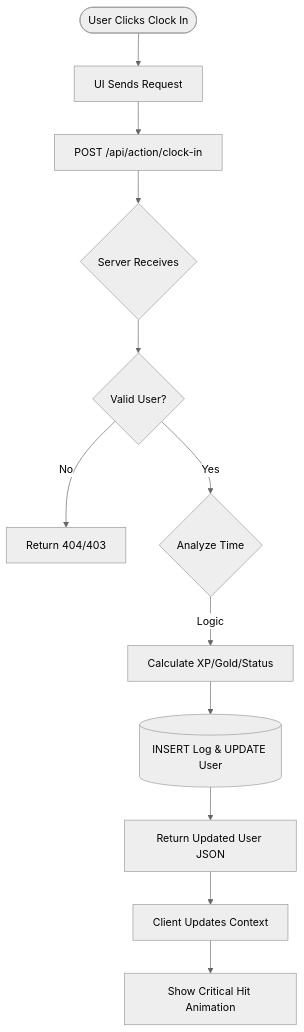
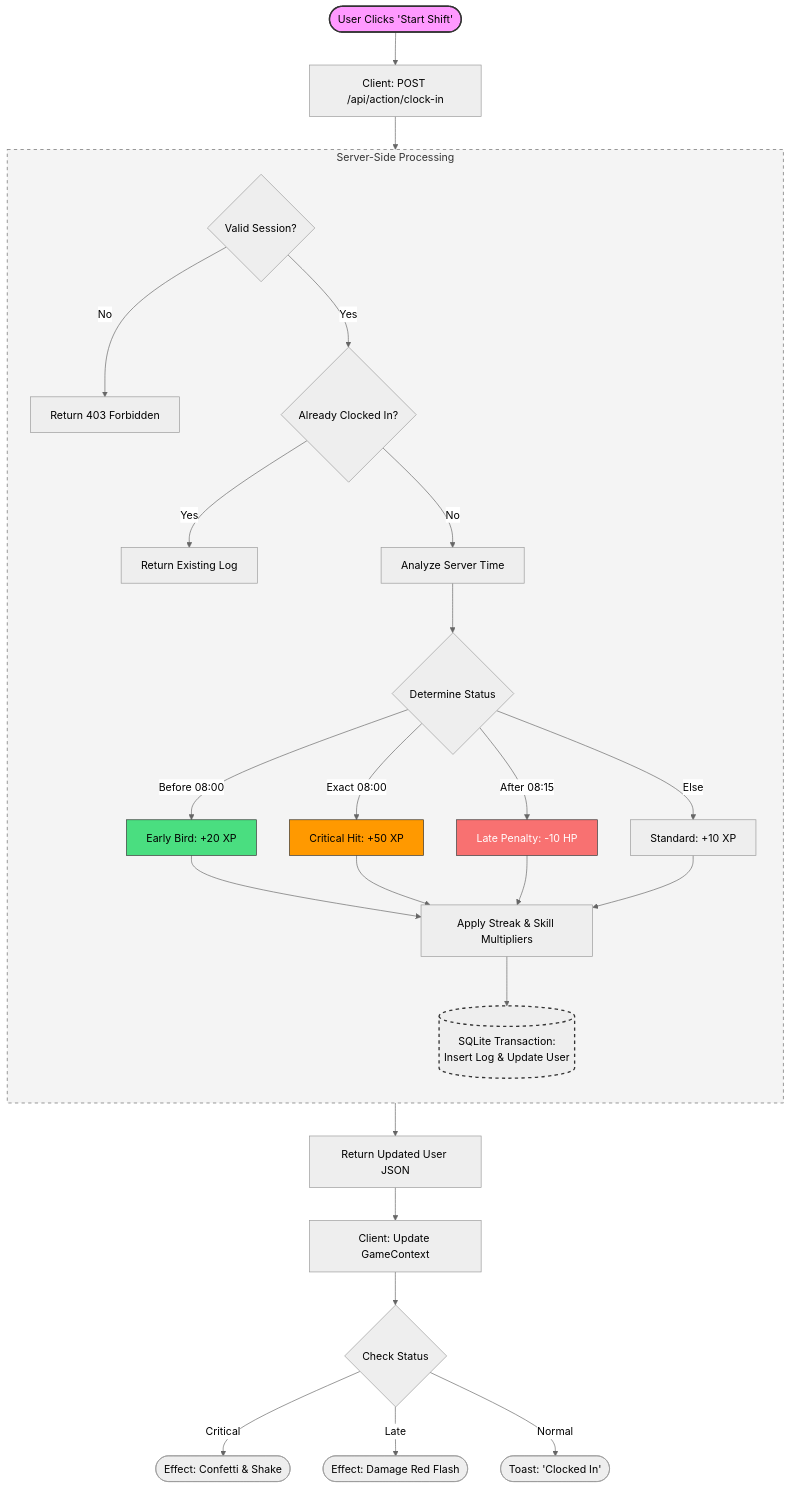
The first of 2 diagrams in docs/04_Architectural_Design.md (Golgrax/gOwOrk), drawn with Mermaid (neutral theme) before and after one commit. The commit also changed other lines of this file, not shown here.

Commit message:
Revise Clock-In user flow diagram for clarity
Updated the user flow diagram for the 'Clock-In' process to include detailed validation steps, server-side calculations, and database transactions, enhancing clarity and understanding of the logic flow.

````diff
--- a/docs/04_Architectural_Design.md
+++ b/docs/04_Architectural_Design.md
@@ -46,17 +46,47 @@
 ```mermaid
 flowchart TD
-    Start([User Clicks Clock In]) --> UI[UI Sends Request]
-    UI --> API[POST /api/action/clock-in]
-    API --> Server{Server Receives}
+    %% Initial Action
+    Start([User Clicks 'Start Shift']) --> ClientRequest[Client: POST /api/action/clock-in]
+    ClientRequest --> ServerBoundary
+
+    %% Backend Logic Container
+    subgraph ServerBoundary [Server-Side Processing]
+        direction TB
+        AuthCheck{Valid Session?}
+        AuthCheck -- No --> Err403[Return 403 Forbidden]
+        AuthCheck -- Yes --> DupCheck{Already Clocked In?}
+        
+        DupCheck -- Yes --> ReturnExisting[Return Existing Log]
+        DupCheck -- No --> TimeLogic[Analyze Server Time]
+        
+        TimeLogic --> StatusDecision{Determine Status}
+        
+        %% Branching Logic
+        StatusDecision -- Before 08:00 --> Early[Early Bird: +20 XP]
+        StatusDecision -- Exact 08:00 --> Critical[Critical Hit: +50 XP]
+        StatusDecision -- After 08:15 --> Late[Late Penalty: -10 HP]
+        StatusDecision -- Else --> OnTime[Standard: +10 XP]
+        
+        %% Reconvergence
+        Early & Critical & Late & OnTime --> GameCalc[Apply Streak & Skill Multipliers]
+        GameCalc --> DBTrans[(SQLite Transaction:<br/>Insert Log & Update User)]
+    end
+
+    %% Response & Feedback
+    DBTrans --> Response[Return Updated User JSON]
+    Response --> UIUpdate[Client: Update GameContext]
+    UIUpdate --> Feedback{Check Status}
     
-    Server --> AuthCheck{Valid User?}
-    AuthCheck -- No --> Error[Return 404/403]
-    AuthCheck -- Yes --> TimeCheck{Analyze Time}
+    Feedback -- Critical --> AnimConfetti([Effect: Confetti & Shake])
+    Feedback -- Late --> AnimHurt([Effect: Damage Red Flash])
+    Feedback -- Normal --> AnimToast([Toast: 'Clocked In'])
+
+    %% Visual Styling
+    style Start fill:#f9f,stroke:#333,stroke-width:2px
+    style DBTrans fill:#eee,stroke:#333,stroke-width:2px,stroke-dasharray: 5 5
+    style ServerBoundary fill:#f4f4f4,stroke:#666,stroke-dasharray: 5 5
     
-    TimeCheck -- Logic --> Calc[Calculate XP/Gold/Status]
-    Calc --> DB[(INSERT Log & UPDATE User)]
-    
-    DB --> Response[Return Updated User JSON]
-    Response --> UIClient[Client Updates Context]
-    UIClient --> Feedback[Show Critical Hit Animation]
+    style Critical fill:#ff9900,color:black,stroke:#333
+    style Early fill:#4ade80,color:black,stroke:#333
+    style Late fill:#f87171,color:white,stroke:#333
 ```
````
